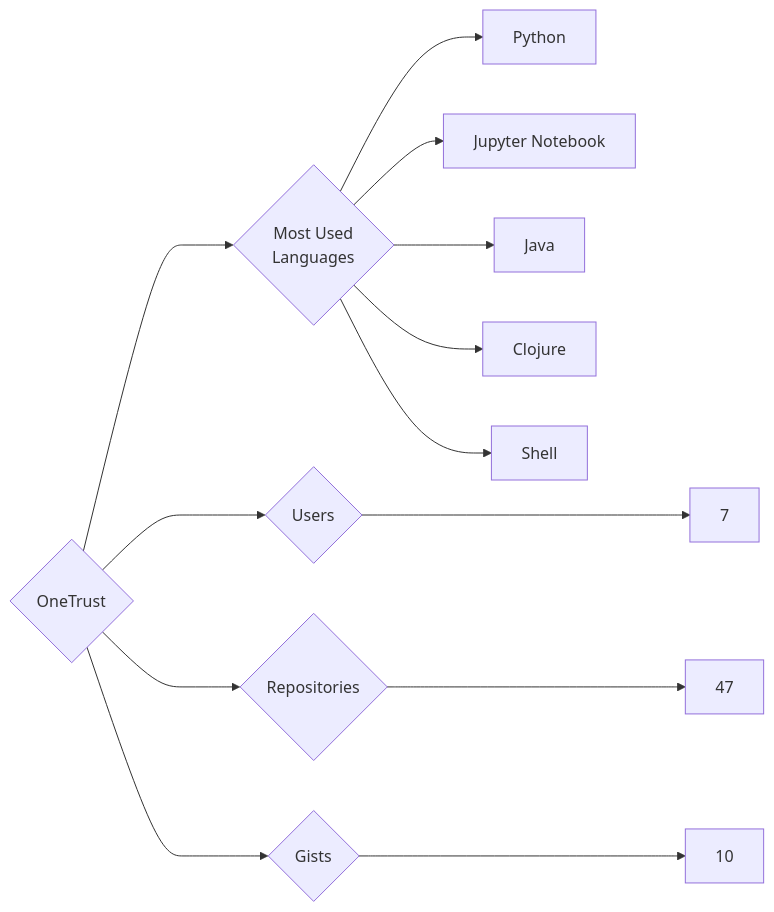
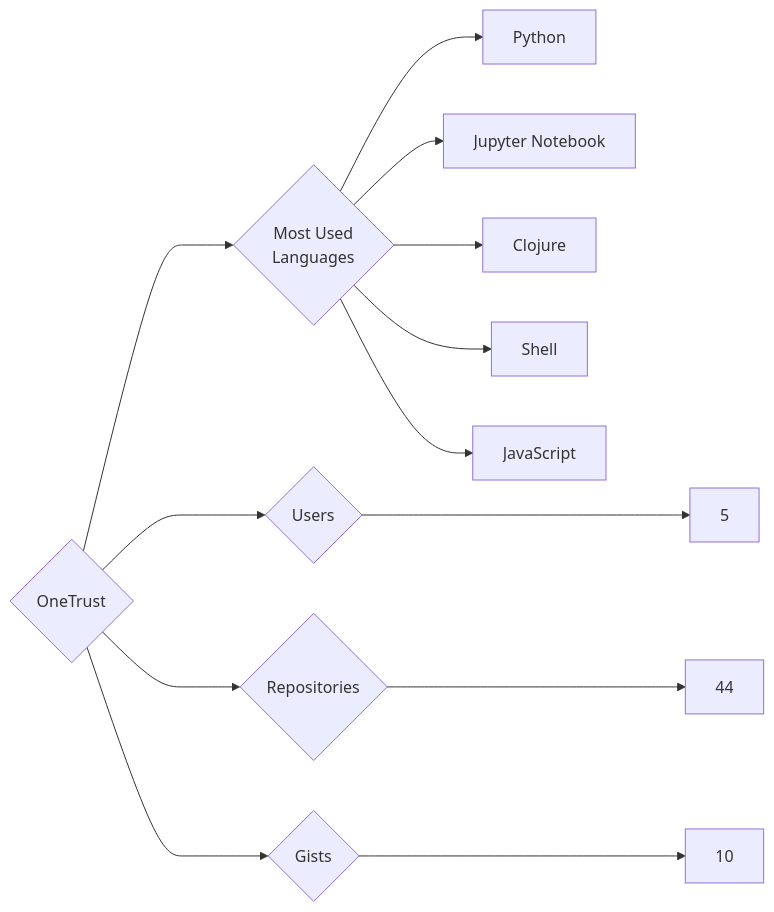
The diagram in targets/OneTrust/README.md (trickest/insiders), drawn with Mermaid before and after one commit. The commit also changed 1248 other files, not shown here.

````diff
--- a/targets/OneTrust/README.md
+++ b/targets/OneTrust/README.md
@@ -3,13 +3,13 @@
 ```mermaid
 graph LR
 COMPANY_NAME{OneTrust}
-COMPANY_NAME ---> U{Users} ---> UN[7]
-COMPANY_NAME ---> R{Repositories} ---> RN[47]
+COMPANY_NAME ---> U{Users} ---> UN[5]
+COMPANY_NAME ---> R{Repositories} ---> RN[44]
 COMPANY_NAME ---> G{Gists} ---> GN[10]
 COMPANY_NAME ---> ML{Most Used<br>Languages}
 ML --> Python[Python]
 ML --> Jupyter_Notebook[Jupyter Notebook]
-ML --> Java[Java]
 ML --> Clojure[Clojure]
 ML --> Shell[Shell]
+ML --> JavaScript[JavaScript]
 ```
````
